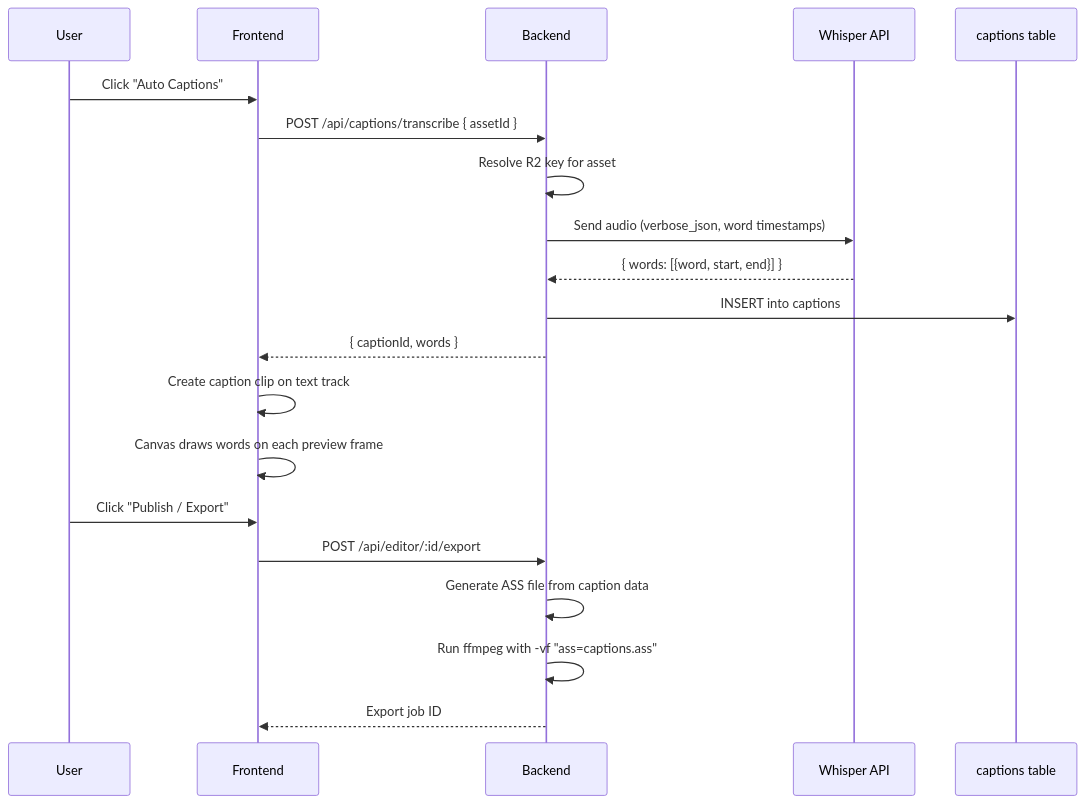
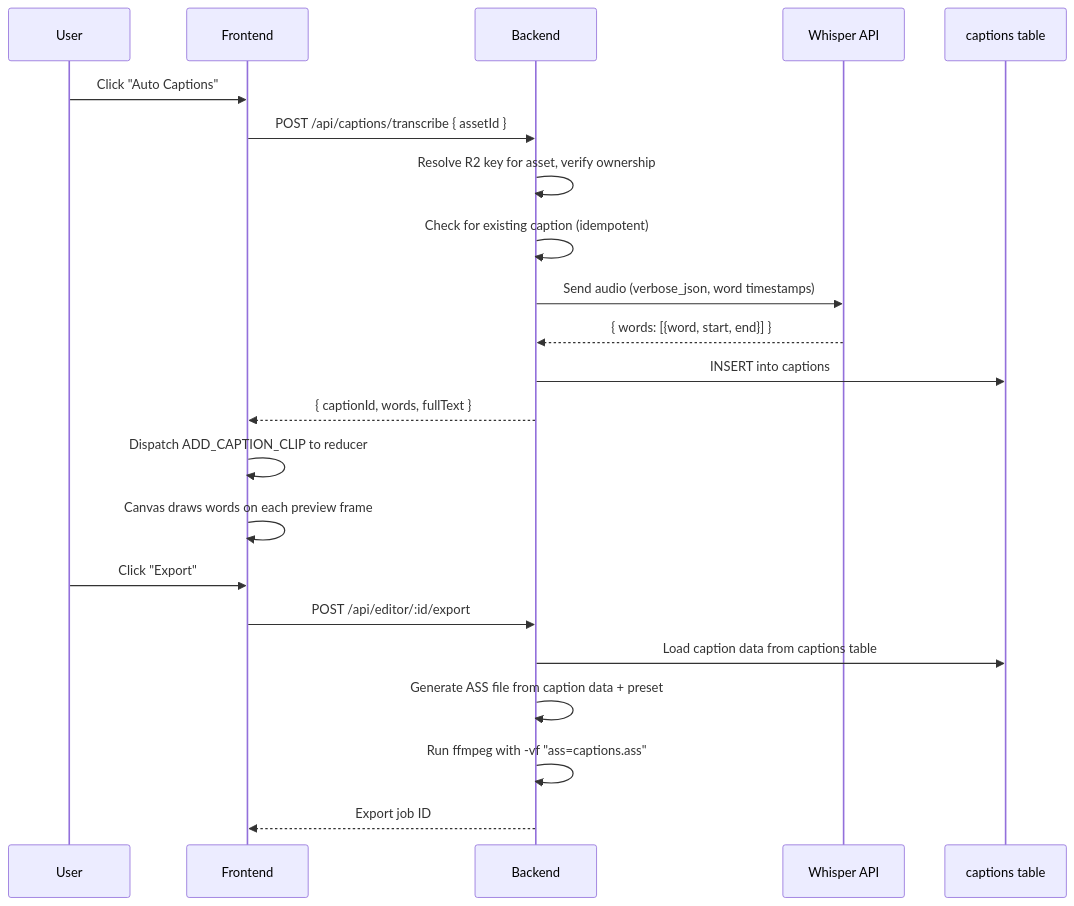
Before and after one commit to KennethAtchon/ContentAI: the second of 2 diagrams in docs/editor-studio/architecture/02-captions-hld-lld.md, drawn with Mermaid. The commit also changed other lines of this file and 26 other files, not shown here.

First line of the commit message:
feat: Enhance Docker scripts and database schema for improved project management and infrastructure setup

````diff
--- a/docs/editor-studio/architecture/02-captions-hld-lld.md
+++ b/docs/editor-studio/architecture/02-captions-hld-lld.md
@@ -45,23 +46,25 @@
 ```mermaid
 sequenceDiagram
     participant U as User
     participant FE as Frontend
     participant BE as Backend
     participant WH as Whisper API
     participant DB as captions table
 
     U->>FE: Click "Auto Captions"
     FE->>BE: POST /api/captions/transcribe { assetId }
-    BE->>BE: Resolve R2 key for asset
+    BE->>BE: Resolve R2 key for asset, verify ownership
+    BE->>BE: Check for existing caption (idempotent)
     BE->>WH: Send audio (verbose_json, word timestamps)
     WH-->>BE: { words: [{word, start, end}] }
     BE->>DB: INSERT into captions
-    BE-->>FE: { captionId, words }
-    FE->>FE: Create caption clip on text track
+    BE-->>FE: { captionId, words, fullText }
+    FE->>FE: Dispatch ADD_CAPTION_CLIP to reducer
     FE->>FE: Canvas draws words on each preview frame
-    U->>FE: Click "Publish / Export"
+    U->>FE: Click "Export"
     FE->>BE: POST /api/editor/:id/export
-    BE->>BE: Generate ASS file from caption data
+    BE->>DB: Load caption data from captions table
+    BE->>BE: Generate ASS file from caption data + preset
     BE->>BE: Run ffmpeg with -vf "ass=captions.ass"
     BE-->>FE: Export job ID
 ```
````
